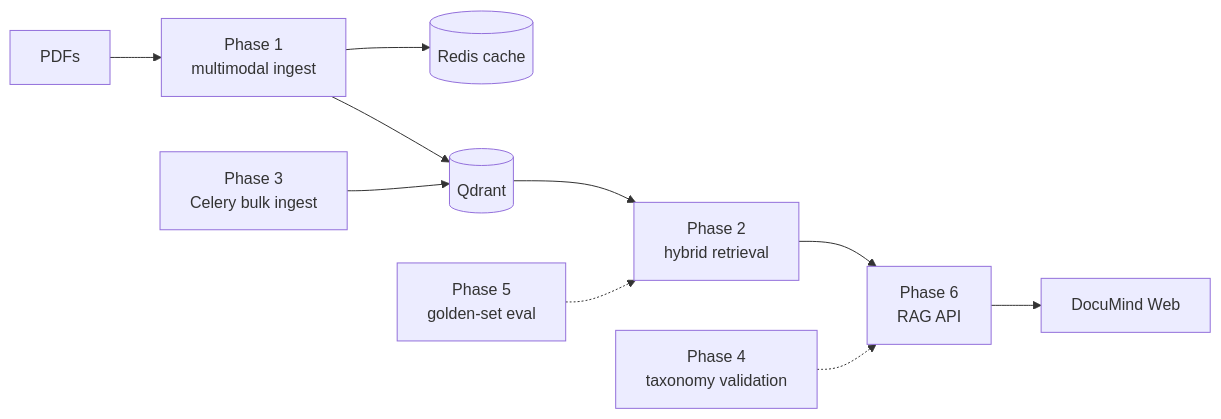
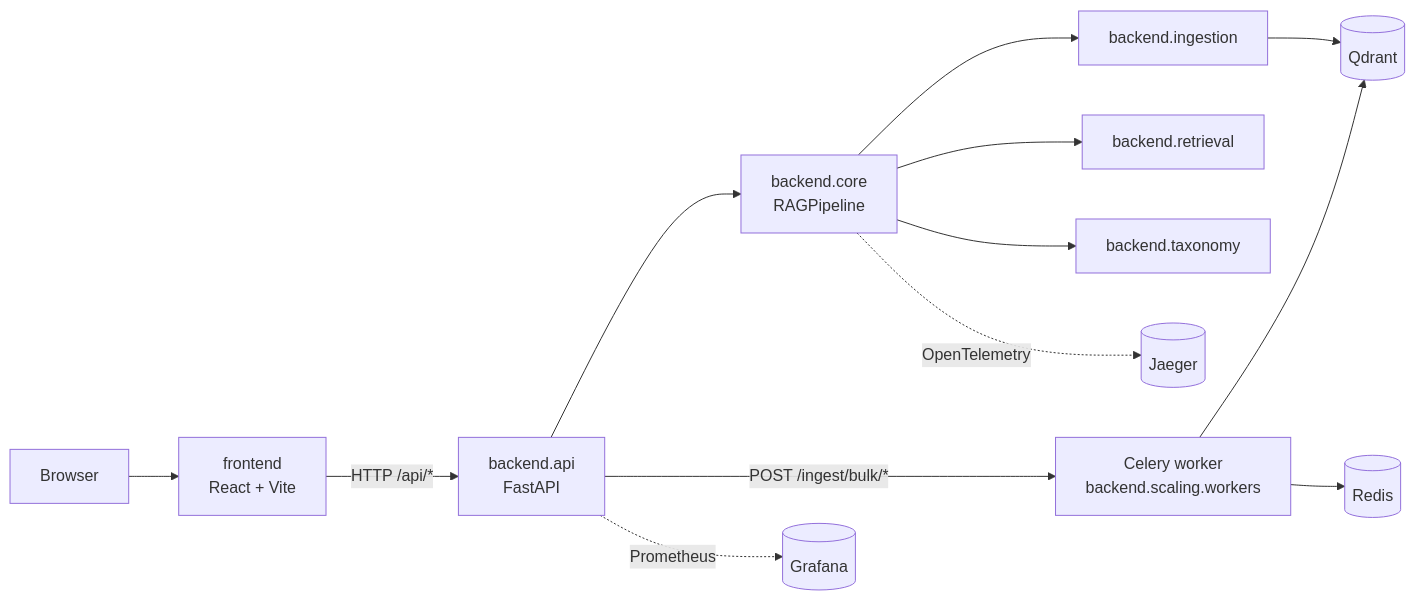
The diagram in README.md (dyh1265/RAG), drawn with Mermaid before and after one commit. The commit also changed other lines of this file and 289 other files, not shown here.

First line of the commit message:
refactor: rename project to DocuMind, update descriptions, and clean up unused files

````diff
--- a/README.md
+++ b/README.md
@@ -12,12 +12,15 @@
 ```mermaid
 flowchart LR
-    PDF[PDFs] --> Ingest[Phase 1<br/>multimodal ingest]
+    Browser[Browser] --> FE[frontend<br/>React + Vite]
+    FE -->|"HTTP /api/*"| API[backend.api<br/>FastAPI]
+    API --> Pipeline[backend.core<br/>RAGPipeline]
+    Pipeline --> Ingest[backend.ingestion]
+    Pipeline --> Ret[backend.retrieval]
+    Pipeline --> Tax[backend.taxonomy]
+    API -->|"POST /ingest/bulk/*"| Worker[Celery worker<br/>backend.scaling.workers]
     Ingest --> Qdrant[(Qdrant)]
-    Ingest --> Redis[(Redis cache)]
-    Qdrant --> Retrieve[Phase 2<br/>hybrid retrieval]
-    Retrieve --> Generate[Phase 6<br/>RAG API]
-    Generate --> UI[DocuMind Web]
-    Eval[Phase 5<br/>golden-set eval] -.-> Retrieve
-    Bulk[Phase 3<br/>Celery bulk ingest] --> Qdrant
-    Tax[Phase 4<br/>taxonomy validation] -.-> Generate
+    Worker --> Qdrant
+    Worker --> Redis[(Redis)]
+    Pipeline -.OpenTelemetry.-> Jaeger[(Jaeger)]
+    API -.Prometheus.-> Grafana[(Grafana)]
 ```
````
